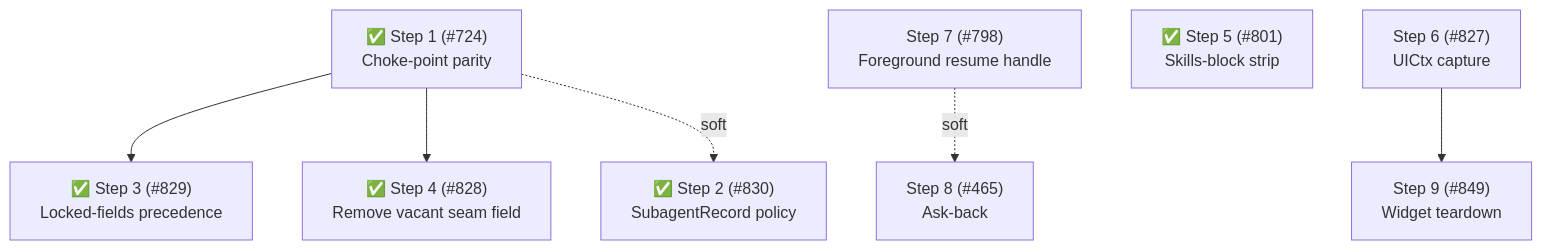
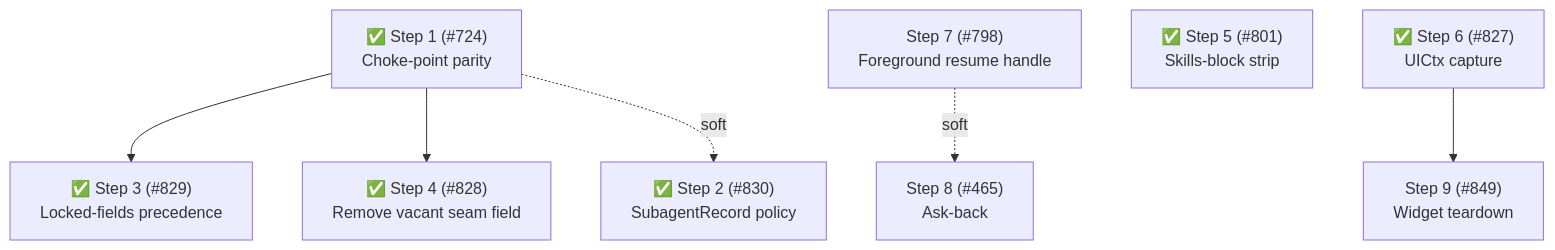
The sixth of 6 diagrams in packages/pi-subagents/docs/architecture/architecture.md (gotgenes/pi-packages), drawn with Mermaid before and after one commit. The commit also changed other lines of this file, not shown here.

Commit message:
docs(pi-subagents): mark Phase 22 Step 6 landed

````diff
--- a/packages/pi-subagents/docs/architecture/architecture.md
+++ b/packages/pi-subagents/docs/architecture/architecture.md
@@ -952,9 +961,9 @@
 ```mermaid
 flowchart TD
     S1["✅ Step 1 (#724)<br/>Choke-point parity"] --> S3["✅ Step 3 (#829)<br/>Locked-fields precedence"]
     S1 --> S4["✅ Step 4 (#828)<br/>Remove vacant seam field"]
     S1 -.soft.-> S2["✅ Step 2 (#830)<br/>SubagentRecord policy"]
     S7["Step 7 (#798)<br/>Foreground resume handle"] -.soft.-> S8["Step 8 (#465)<br/>Ask-back"]
     S5["✅ Step 5 (#801)<br/>Skills-block strip"]
-    S6["Step 6 (#827)<br/>UICtx capture"] --> S9["Step 9 (#849)<br/>Widget teardown"]
+    S6["✅ Step 6 (#827)<br/>UICtx capture"] --> S9["Step 9 (#849)<br/>Widget teardown"]
 ```
````
